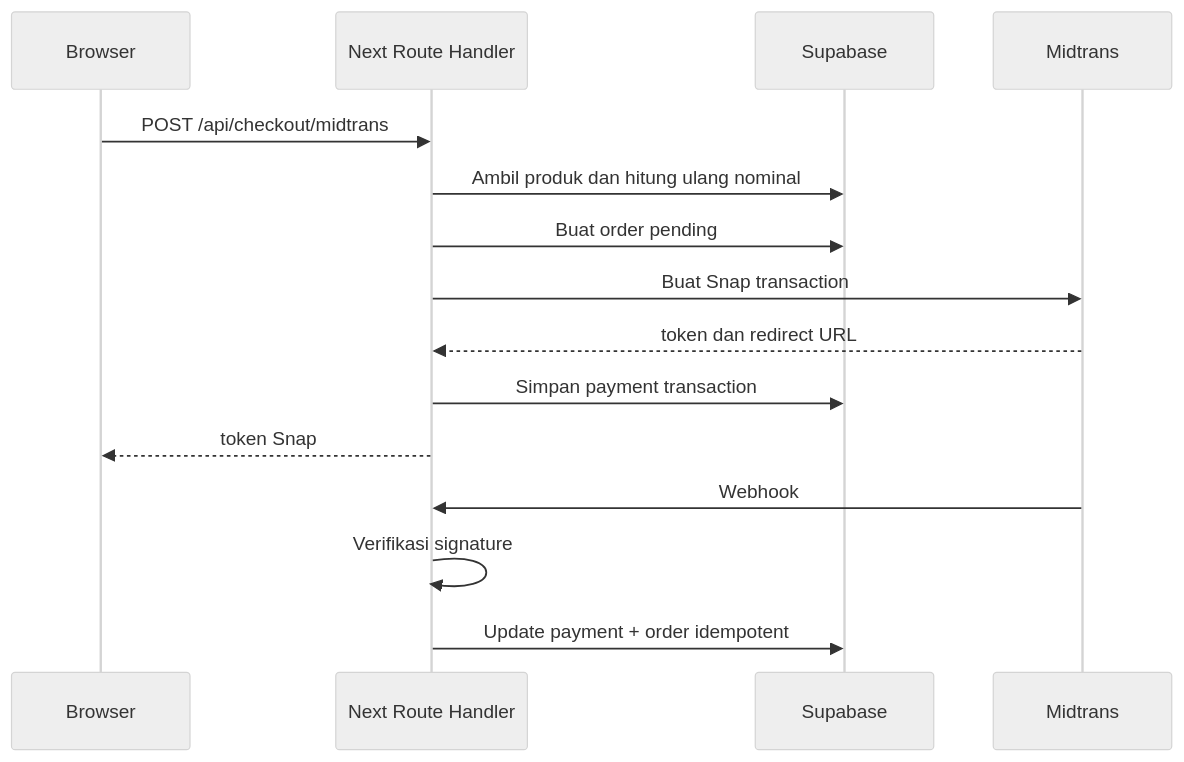
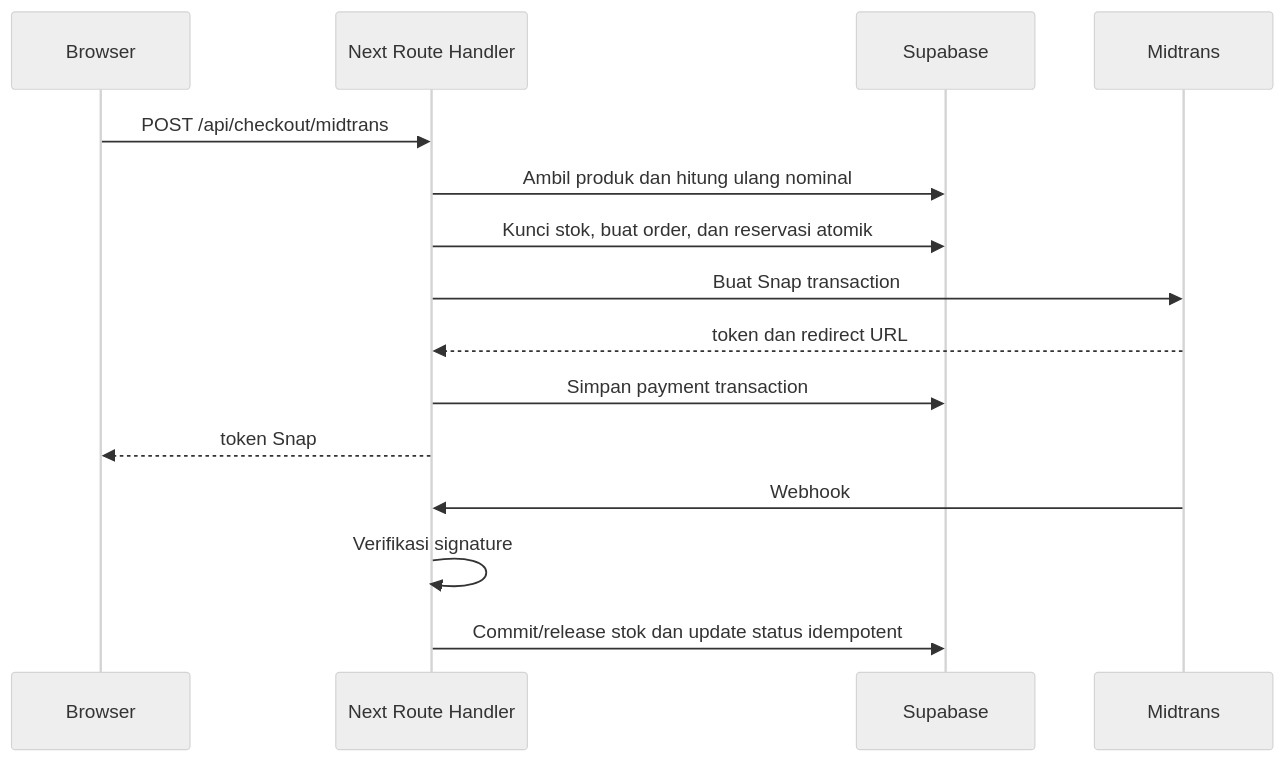
The fourth of 4 diagrams in docs/ARCHITECTURE.md (azzam-azhari/toko-online-general-purpose), drawn with Mermaid (neutral theme) before and after one commit. The commit also changed other lines of this file and 110 other files, not shown here.

````diff
--- a/docs/ARCHITECTURE.md
+++ b/docs/ARCHITECTURE.md
@@ -146,18 +146,18 @@
 ```mermaid
 sequenceDiagram
   participant B as Browser
   participant API as Next Route Handler
   participant DB as Supabase
   participant MT as Midtrans
 
   B->>API: POST /api/checkout/midtrans
   API->>DB: Ambil produk dan hitung ulang nominal
-  API->>DB: Buat order pending
+  API->>DB: Kunci stok, buat order, dan reservasi atomik
   API->>MT: Buat Snap transaction
   MT-->>API: token dan redirect URL
   API->>DB: Simpan payment transaction
   API-->>B: token Snap
   MT->>API: Webhook
   API->>API: Verifikasi signature
-  API->>DB: Update payment + order idempotent
+  API->>DB: Commit/release stok dan update status idempotent
 ```
````
